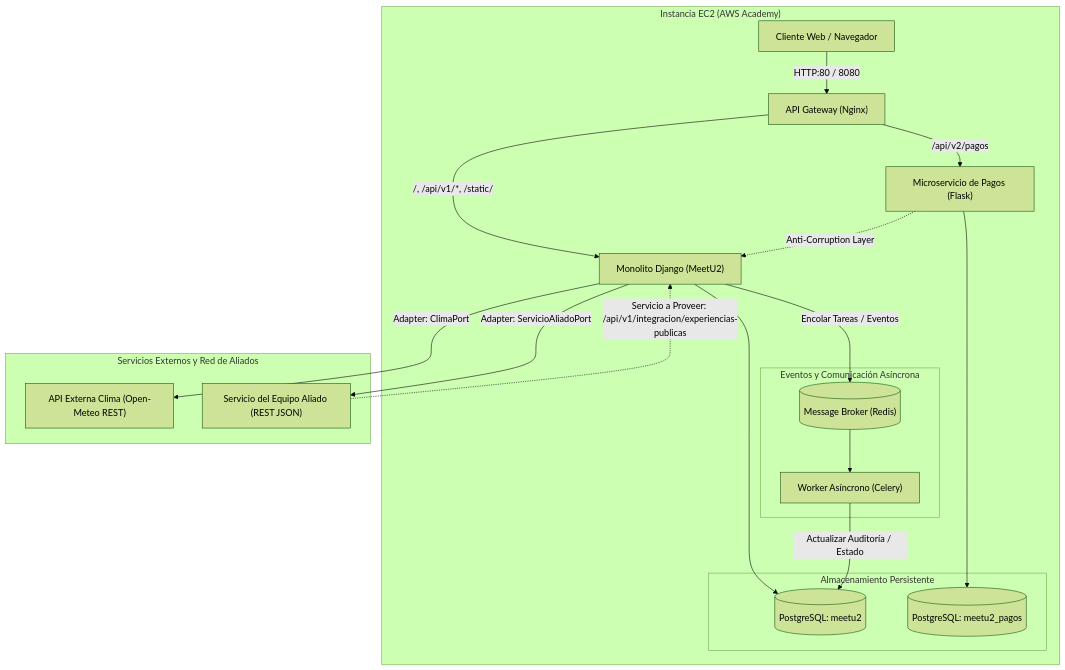
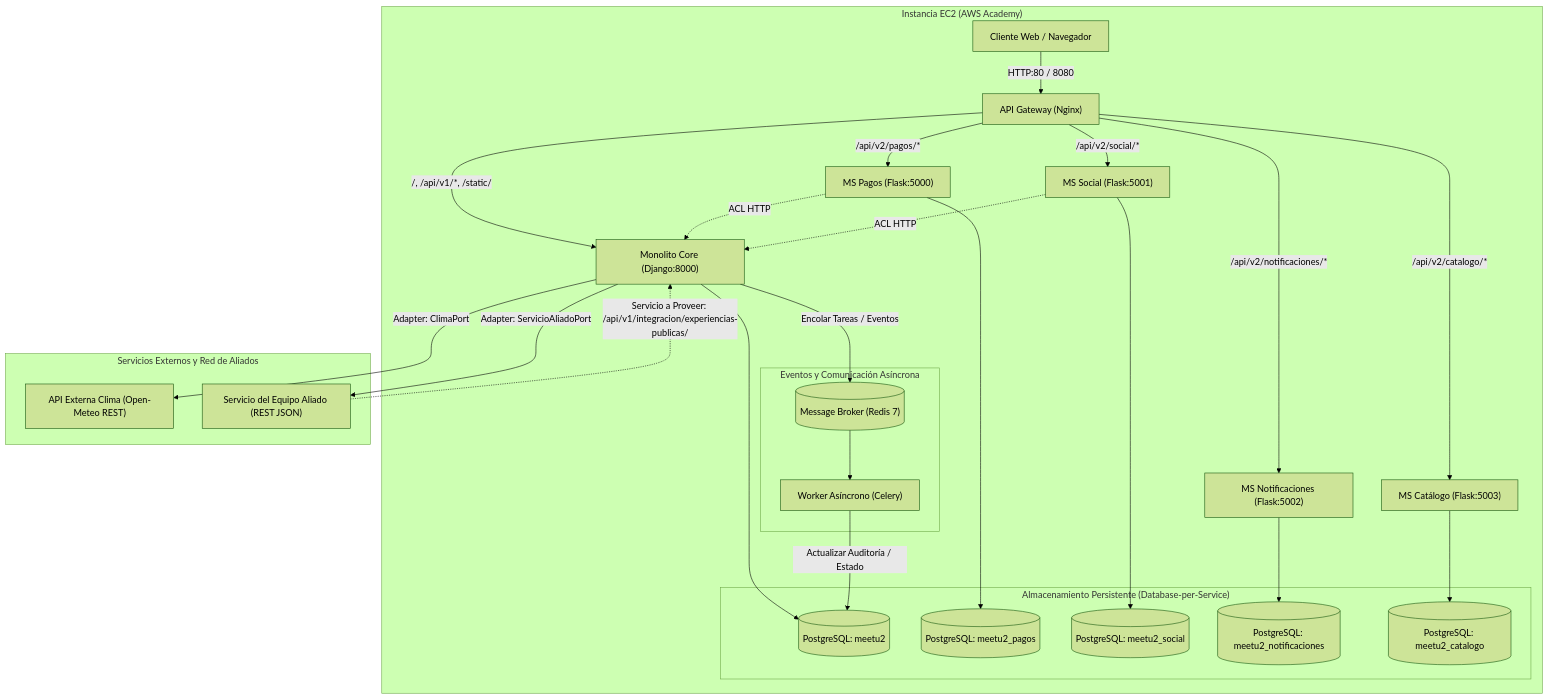
One commit to Eusse7/MeetU2 changed the diagram in docs/arquitectura_entrega_2.md. Above: the diagram before and after it, drawn with Mermaid (forest theme). The commit also changed other lines of this file and 52 other files, not shown here.

````diff
--- a/docs/arquitectura_entrega_2.md
+++ b/docs/arquitectura_entrega_2.md
@@ -12,36 +12,47 @@
 ```mermaid
 flowchart TD
     subgraph AWS_EC2["Instancia EC2 (AWS Academy)"]
         Client["Cliente Web / Navegador"] -->|HTTP:80 / 8080| Gateway["API Gateway (Nginx)"]
         
-        Gateway -->|/api/v2/pagos| Microservice["Microservicio de Pagos (Flask)"]
-        Gateway -->|/, /api/v1/*, /static/| Monolith["Monolito Django (MeetU2)"]
+        Gateway -->|/api/v2/pagos/*| MS_Pagos["MS Pagos (Flask:5000)"]
+        Gateway -->|/api/v2/social/*| MS_Social["MS Social (Flask:5001)"]
+        Gateway -->|/api/v2/notificaciones/*| MS_Notif["MS Notificaciones (Flask:5002)"]
+        Gateway -->|/api/v2/catalogo/*| MS_Cat["MS Catálogo (Flask:5003)"]
+        Gateway -->|/, /api/v1/*, /static/| Monolith["Monolito Core (Django:8000)"]
         
-        subgraph Data_Storage["Almacenamiento Persistente"]
+        subgraph Data_Storage["Almacenamiento Persistente (Database-per-Service)"]
             DB_Django[("PostgreSQL: meetu2")]
             DB_Pagos[("PostgreSQL: meetu2_pagos")]
+            DB_Social[("PostgreSQL: meetu2_social")]
+            DB_Notif[("PostgreSQL: meetu2_notificaciones")]
+            DB_Cat[("PostgreSQL: meetu2_catalogo")]
         end
         
         subgraph Async_Broker["Eventos y Comunicación Asíncrona"]
-            Redis[("Message Broker (Redis)")]
+            Redis[("Message Broker (Redis 7)")]
             Celery["Worker Asíncrono (Celery)"]
         end
         
         Monolith --> DB_Django
-        Microservice --> DB_Pagos
-        Microservice -.->|Anti-Corruption Layer| Monolith
+        MS_Pagos --> DB_Pagos
+        MS_Social --> DB_Social
+        MS_Notif --> DB_Notif
+        MS_Cat --> DB_Cat
+        
+        MS_Pagos -.->|ACL HTTP| Monolith
+        MS_Social -.->|ACL HTTP| Monolith
         
         Monolith -->|Encolar Tareas / Eventos| Redis
         Redis --> Celery
         Celery -->|Actualizar Auditoría / Estado| DB_Django
     end
 
     subgraph External_Services["Servicios Externos y Red de Aliados"]
         OpenMeteo["API Externa Clima (Open-Meteo REST)"]
         AlliedTeam["Servicio del Equipo Aliado (REST JSON)"]
     end
 
     Monolith -->|Adapter: ClimaPort| OpenMeteo
     Monolith -->|Adapter: ServicioAliadoPort| AlliedTeam
-    AlliedTeam -.->|Servicio a Proveer: /api/v1/integracion/experiencias-publicas| Monolith
+    AlliedTeam -.->|Servicio a Proveer: /api/v1/integracion/experiencias-publicas/| Monolith
 ```
````
